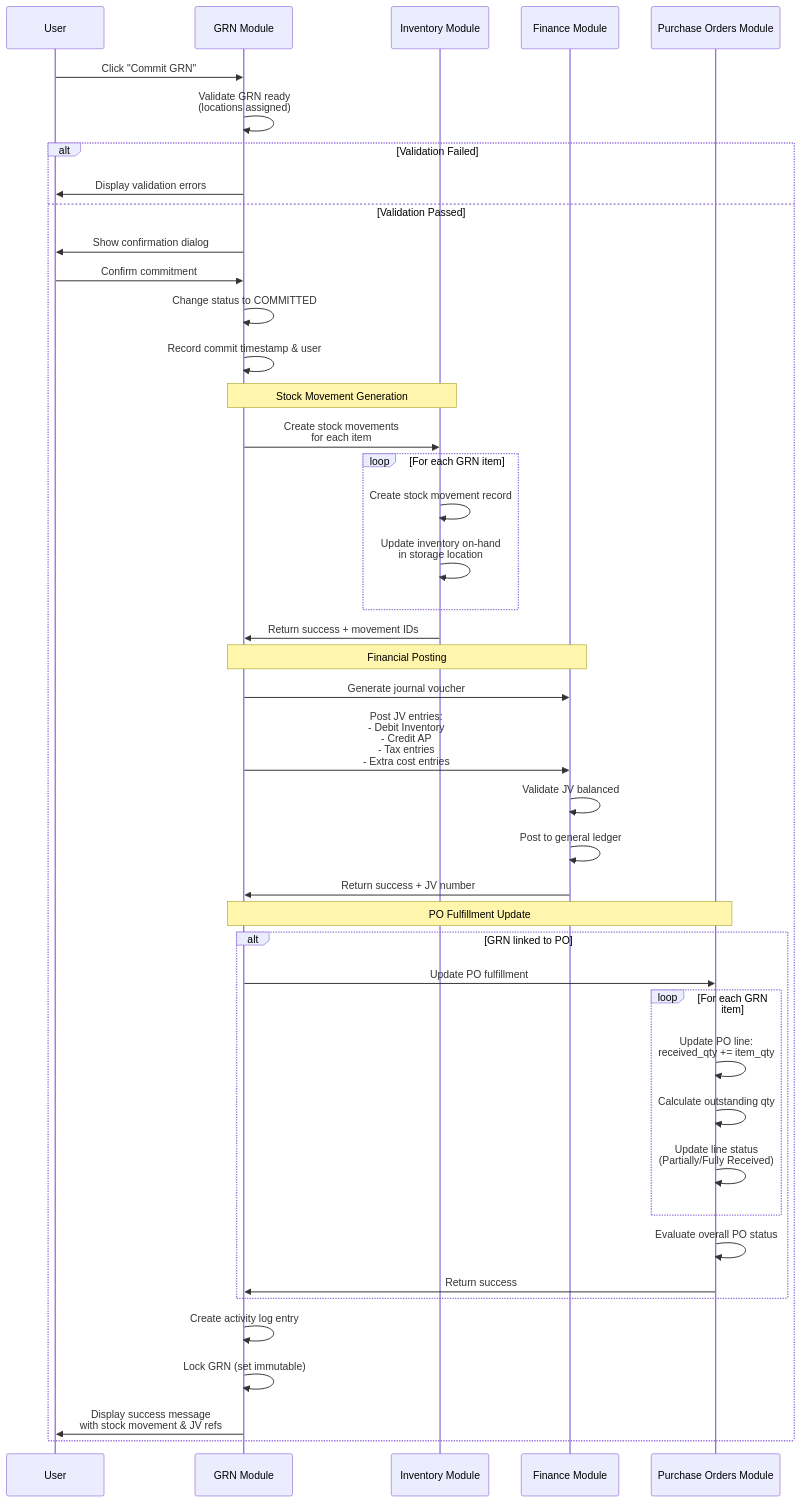
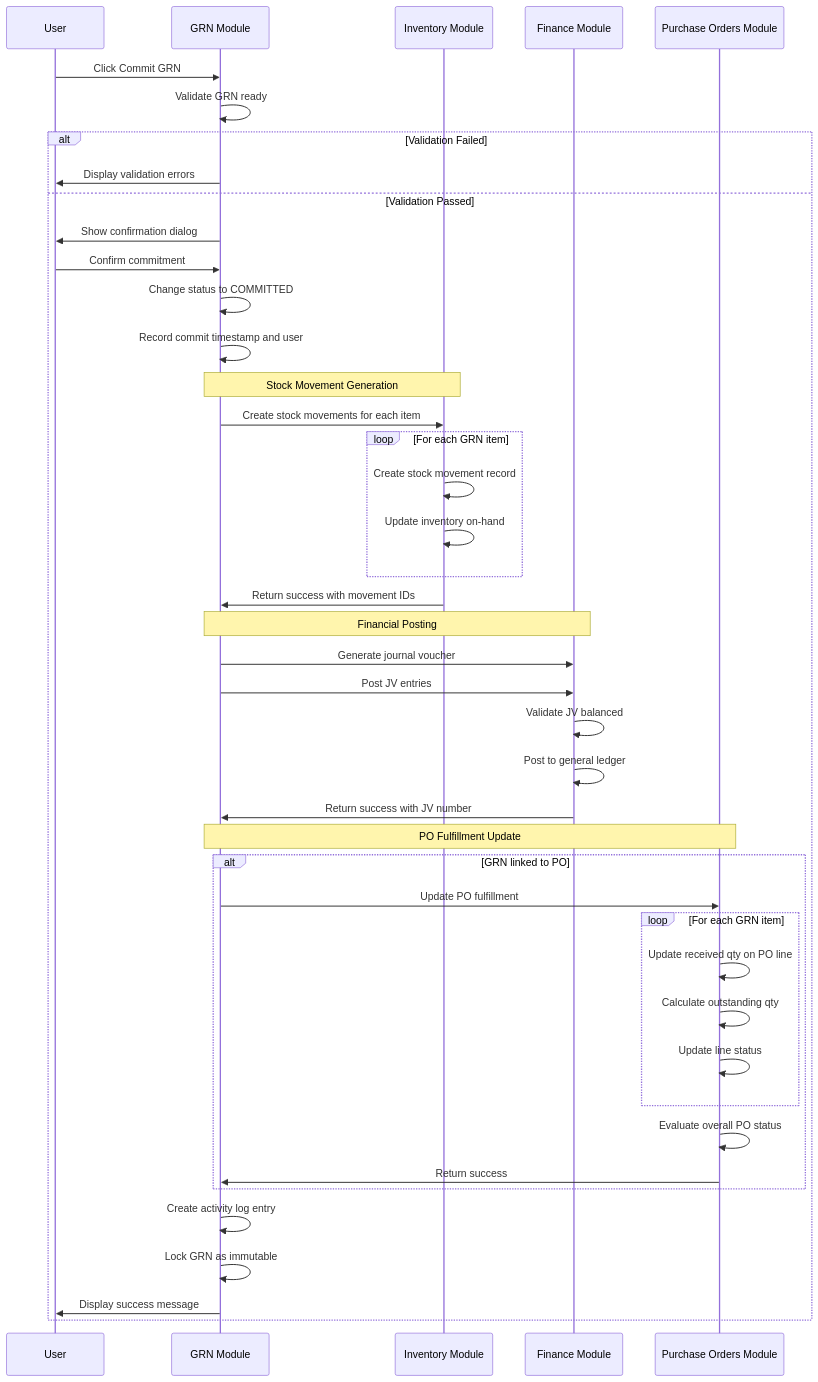
One commit to CarmenSoftware-organization/carmen changed the sixth of 6 diagrams in docs/app/procurement/goods-received-notes/FD-goods-received-note.md. Above: the diagram before and after it, drawn with Mermaid. The commit also changed other lines of this file and 23 other files, not shown here.

First line of the commit message:
docs: update credit note and goods received note documentation for versioning and costing methods

````diff
--- a/docs/app/procurement/goods-received-notes/FD-goods-received-note.md
+++ b/docs/app/procurement/goods-received-notes/FD-goods-received-note.md
@@ -470,52 +455,52 @@
 ```mermaid
 sequenceDiagram
     participant User
     participant GRN as GRN Module
     participant Inv as Inventory Module
     participant Fin as Finance Module
     participant PO as Purchase Orders Module
 
-    User->>GRN: Click "Commit GRN"
-    GRN->>GRN: Validate GRN ready<br/>(locations assigned)
+    User->>GRN: Click Commit GRN
+    GRN->>GRN: Validate GRN ready
 
     alt Validation Failed
         GRN->>User: Display validation errors
     else Validation Passed
         GRN->>User: Show confirmation dialog
         User->>GRN: Confirm commitment
 
         GRN->>GRN: Change status to COMMITTED
-        GRN->>GRN: Record commit timestamp & user
+        GRN->>GRN: Record commit timestamp and user
 
         Note over GRN,Inv: Stock Movement Generation
-        GRN->>Inv: Create stock movements<br/>for each item
+        GRN->>Inv: Create stock movements for each item
         loop For each GRN item
             Inv->>Inv: Create stock movement record
-            Inv->>Inv: Update inventory on-hand<br/>in storage location
+            Inv->>Inv: Update inventory on-hand
         end
-        Inv->>GRN: Return success + movement IDs
+        Inv->>GRN: Return success with movement IDs
 
         Note over GRN,Fin: Financial Posting
         GRN->>Fin: Generate journal voucher
-        GRN->>Fin: Post JV entries:<br/>- Debit Inventory<br/>- Credit AP<br/>- Tax entries<br/>- Extra cost entries
+        GRN->>Fin: Post JV entries
         Fin->>Fin: Validate JV balanced
         Fin->>Fin: Post to general ledger
-        Fin->>GRN: Return success + JV number
+        Fin->>GRN: Return success with JV number
 
         Note over GRN,PO: PO Fulfillment Update
         alt GRN linked to PO
             GRN->>PO: Update PO fulfillment
             loop For each GRN item
-                PO->>PO: Update PO line:<br/>received_qty += item_qty
+                PO->>PO: Update received qty on PO line
                 PO->>PO: Calculate outstanding qty
-                PO->>PO: Update line status<br/>(Partially/Fully Received)
+                PO->>PO: Update line status
             end
             PO->>PO: Evaluate overall PO status
             PO->>GRN: Return success
         end
 
         GRN->>GRN: Create activity log entry
-        GRN->>GRN: Lock GRN (set immutable)
-        GRN->>User: Display success message<br/>with stock movement & JV refs
+        GRN->>GRN: Lock GRN as immutable
+        GRN->>User: Display success message
     end
 ```
````
